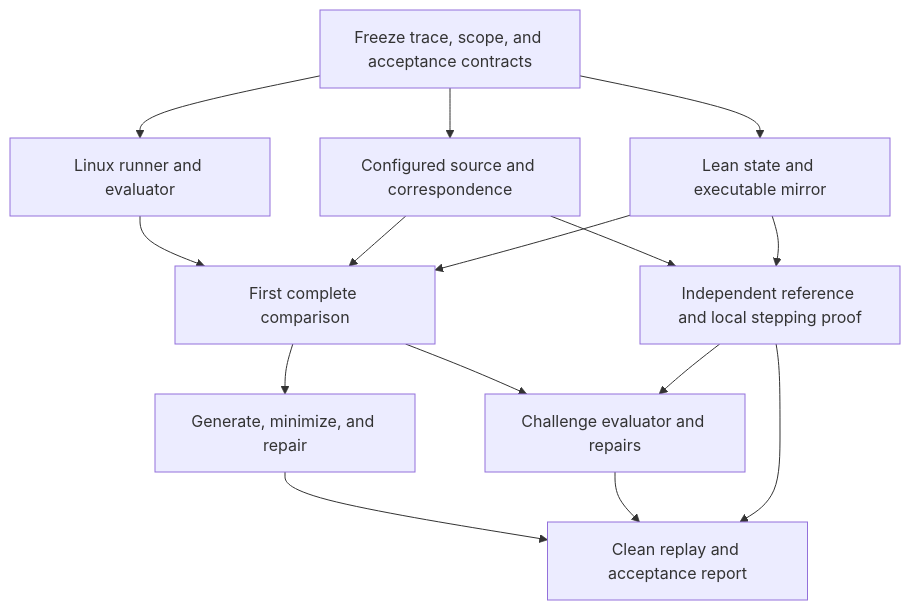
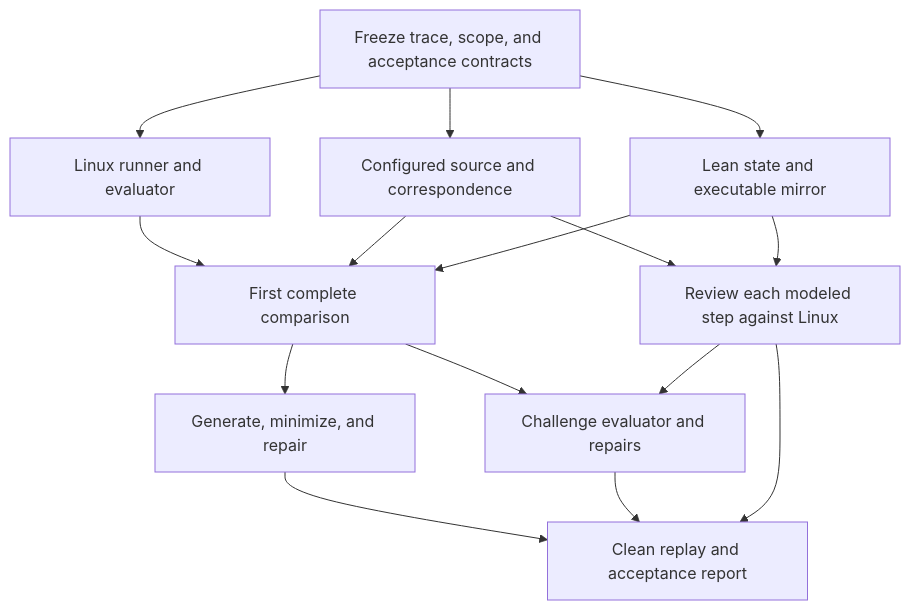
The diagram in docs/prototype-plan.md (OathTech/lean-ux-proto), drawn with Mermaid before and after one commit. The commit also changed other lines of this file and 26 other files, not shown here.

Commit message:
Remove model proofs and require executable Linux step fidelity

````diff
--- a/docs/prototype-plan.md
+++ b/docs/prototype-plan.md
@@ -120,17 +128,17 @@
 ```mermaid
 flowchart TD
     A[Freeze trace, scope, and acceptance contracts] --> B[Linux runner and evaluator]
     A --> C[Configured source and correspondence]
     A --> D[Lean state and executable mirror]
     B --> E[First complete comparison]
     C --> E
     D --> E
     E --> F[Generate, minimize, and repair]
     E --> G[Challenge evaluator and repairs]
-    C --> H[Independent reference and local stepping proof]
+    C --> H[Review each modeled step against Linux]
     D --> H
     H --> G
     F --> I[Clean replay and acceptance report]
     G --> I
     H --> I
 ```
````
